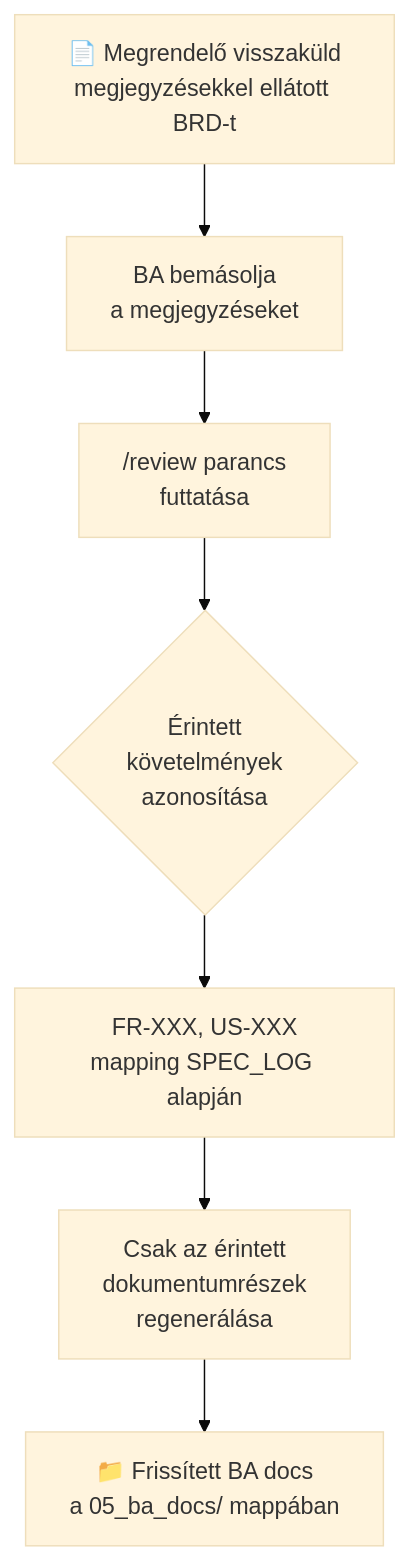
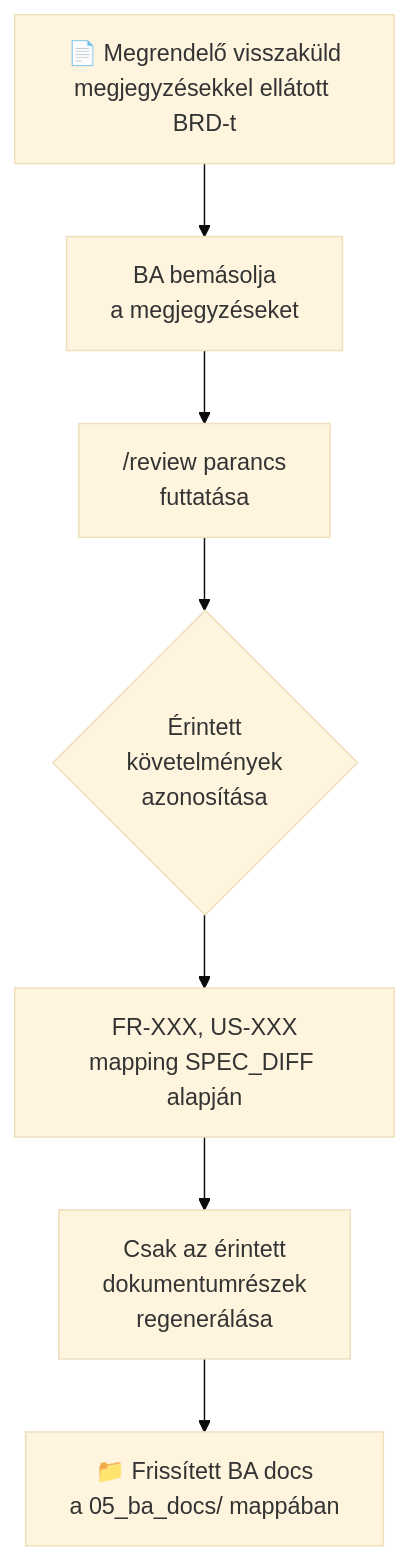
One commit to exphoenee/ba-team-docs changed the second of 6 diagrams in page/improvements.md. Above: the diagram before and after it, drawn with Mermaid (base theme). The commit also changed other lines of this file, not shown here.

````diff
--- a/page/improvements.md
+++ b/page/improvements.md
@@ -48,9 +68,9 @@
 ```mermaid
 flowchart TD
     A["📄 Megrendelő visszaküld\nmegjegyzésekkel ellátott BRD-t"] --> B["BA bemásolja\na megjegyzéseket"]
     B --> C["/review parancs\nfuttatása"]
     C --> D{"Érintett\nkövetelmények\nazonosítása"}
-    D --> E["FR-XXX, US-XXX\nmapping SPEC_LOG alapján"]
+    D --> E["FR-XXX, US-XXX\nmapping SPEC_DIFF alapján"]
     E --> F["Csak az érintett\ndokumentumrészek\nregenerálása"]
     F --> G["📁 Frissített BA docs\na 05_ba_docs/ mappában"]
 ```
````
